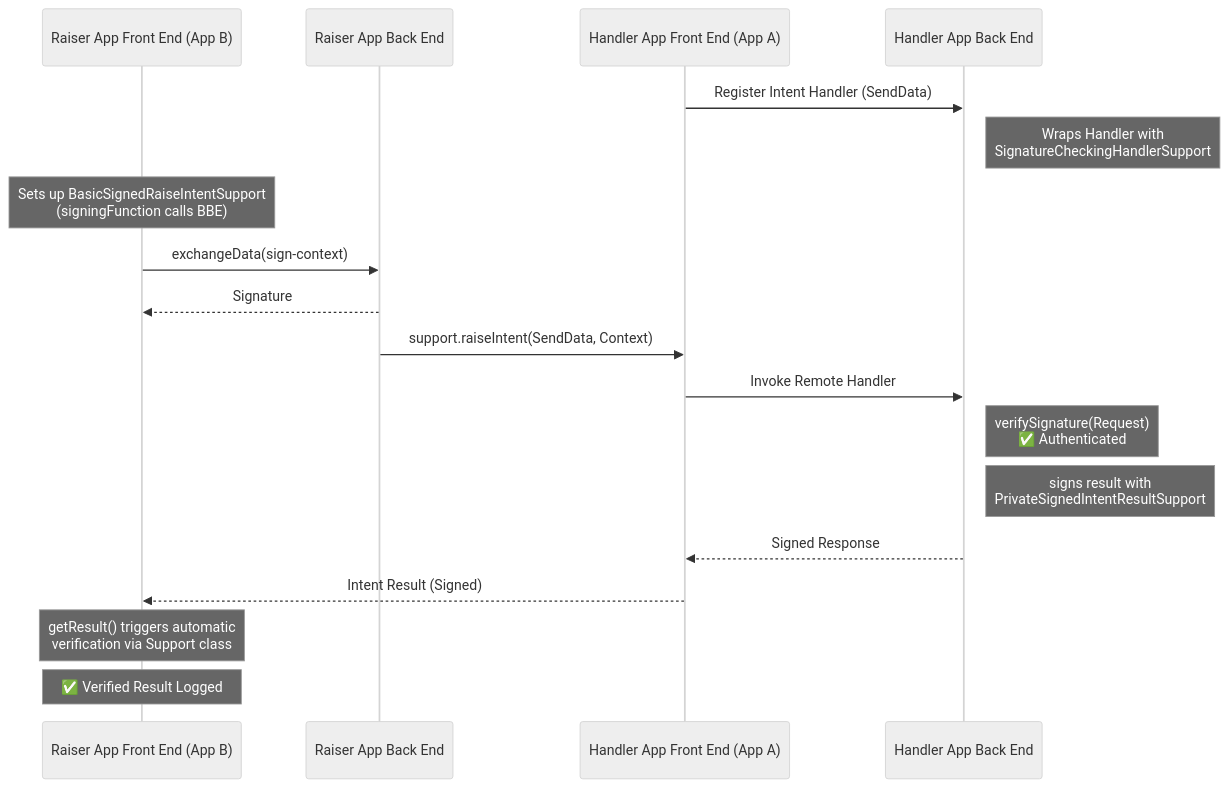
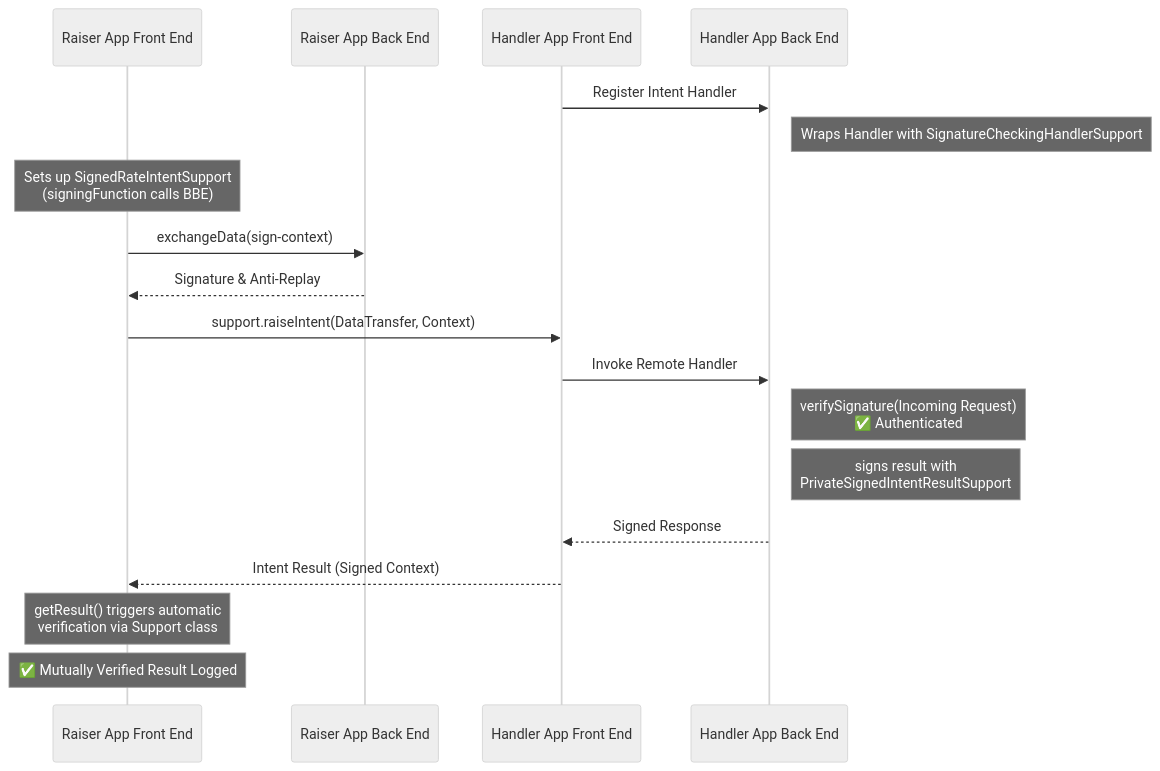
The fourth of 5 diagrams in packages/fdc3-security/samples/README.md (finos/FDC3), drawn with Mermaid (neutral theme) before and after one commit. The commit also changed other lines of this file and 3 other files, not shown here.

````diff
--- a/packages/fdc3-security/samples/README.md
+++ b/packages/fdc3-security/samples/README.md
@@ -112,25 +112,25 @@
 ```mermaid
 sequenceDiagram
-    participant BFE as Raiser App Front End (App B)
+    participant BFE as Raiser App Front End
     participant BBE as Raiser App Back End
-    participant AFE as Handler App Front End (App A)
+    participant AFE as Handler App Front End
     participant ABE as Handler App Back End
 
-    AFE->>ABE: Register Intent Handler (SendData)
-    Note right of ABE: Wraps Handler with<br/>SignatureCheckingHandlerSupport
+    AFE->>ABE: Register Intent Handler
+    Note right of ABE: Wraps Handler with SignatureCheckingHandlerSupport
     
-    Note over BFE: Sets up BasicSignedRaiseIntentSupport<br/>(signingFunction calls BBE)
+    Note over BFE: Sets up SignedRateIntentSupport<br/>(signingFunction calls BBE)
     BFE->>BBE: exchangeData(sign-context)
-    BBE-->>BFE: Signature
-    BBE->>AFE: support.raiseIntent(SendData, Context)
+    BBE-->>BFE: Signature & Anti-Replay
+    BFE->>AFE: support.raiseIntent(DataTransfer, Context)
     
     AFE->>ABE: Invoke Remote Handler
-    Note right of ABE: verifySignature(Request)<br/>✅ Authenticated
+    Note right of ABE: verifySignature(Incoming Request)<br/>✅ Authenticated
     
     Note right of ABE: signs result with<br/>PrivateSignedIntentResultSupport
     ABE-->>AFE: Signed Response
-    AFE-->>BFE: Intent Result (Signed)
+    AFE-->>BFE: Intent Result (Signed Context)
     
     Note over BFE: getResult() triggers automatic<br/>verification via Support class
-    Note over BFE: ✅ Verified Result Logged
+    Note over BFE: ✅ Mutually Verified Result Logged
 ```
````
